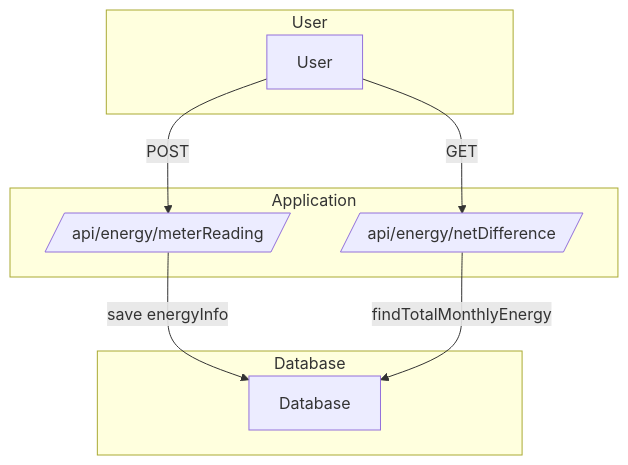
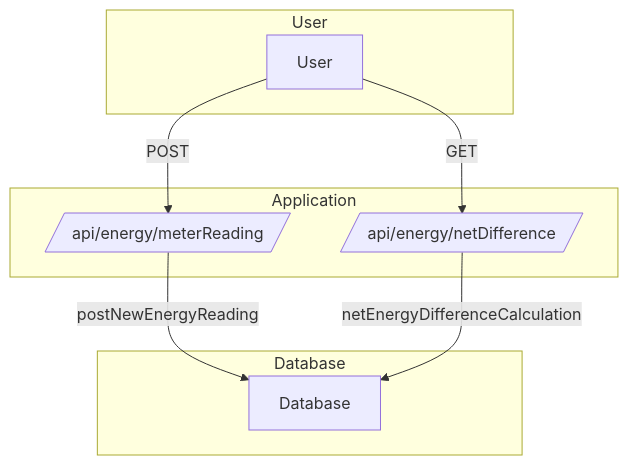
One commit to nashetty/Java-Masters-Final-Project-group-1 changed the diagram in README.md. Above: the diagram before and after it, drawn with Mermaid. The commit also changed other lines of this file, not shown here.

Commit message:
fix some typos, update mermaid diagram, add more notes to marker

````diff
--- a/README.md
+++ b/README.md
@@ -129,22 +129,22 @@
 ```mermaid
 graph TD;
     subgraph User
         A[User]
     end
 
     subgraph Application
         B1[/api/energy/meterReading/] 
         B2[/api/energy/netDifference/]
     end
 
     subgraph Database
         D1[Database]
     end
 
     A --> |POST| B1
     A --> |GET| B2
 
-    B1 --> |save energyInfo| D1
-    B2 --> |findTotalMonthlyEnergy| D1
+    B1 --> |postNewEnergyReading| D1
+    B2 --> |netEnergyDifferenceCalculation| D1
 
 ```
````
